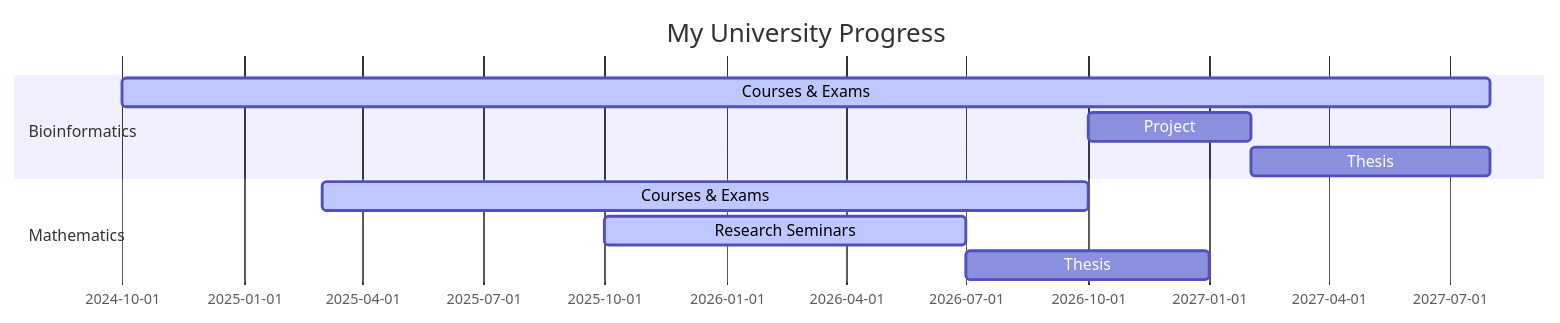
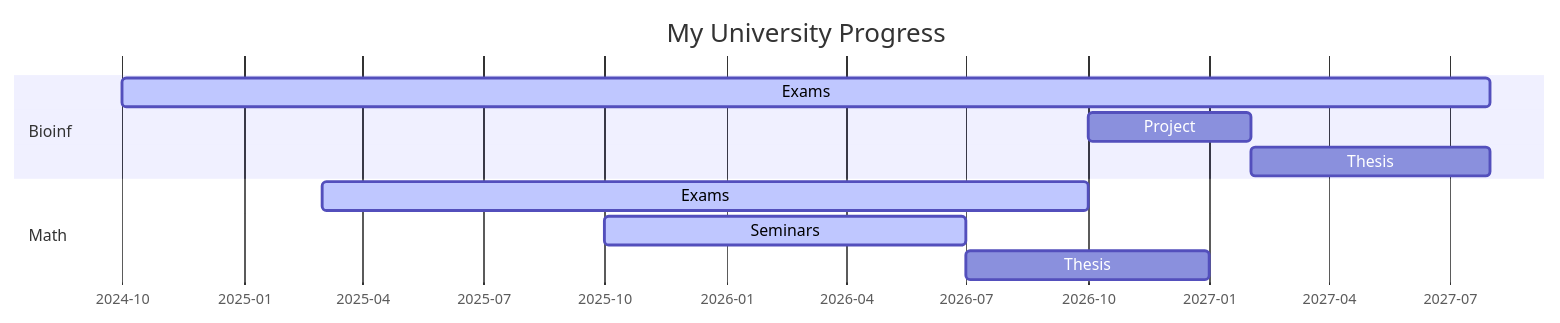
The first of 3 diagrams in _posts/2026-05-02-educational-jorney-in-vienna.md (Bg-Ch-git/bg-ch-git.github.io), drawn with Mermaid before and after one commit.

Commit message:
docs: gantt for mobile

````diff
--- a/_posts/2026-05-02-educational-jorney-in-vienna.md
+++ b/_posts/2026-05-02-educational-jorney-in-vienna.md
@@ -88,15 +88,16 @@
 ```mermaid
 gantt
     title My University Progress
     dateFormat  YYYY-MM
+    axisFormat %Y-%m
 
-    section Bioinformatics
-    Courses & Exams   : active, bio1, 2024-10, 34M
+    section Bioinf
+    Exams   : active, bio1, 2024-10, 34M
     Project           : bio2, 2026-10, 4M
     Thesis            : after bio2, 6M
 
-    section Mathematics
-    Courses & Exams   : active, math1, 2025-03, 19M
-    Research Seminars : active, math2, 2025-10, 9M
+    section Math
+    Exams   : active, math1, 2025-03, 19M
+    Seminars : active, math2, 2025-10, 9M
     Thesis            : after math2, 6M
 ```
````
